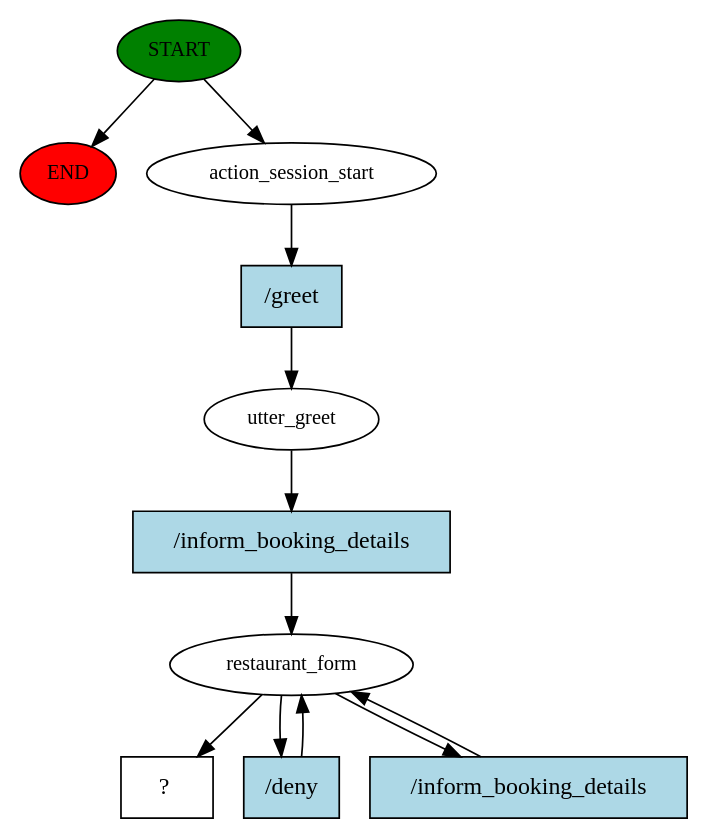
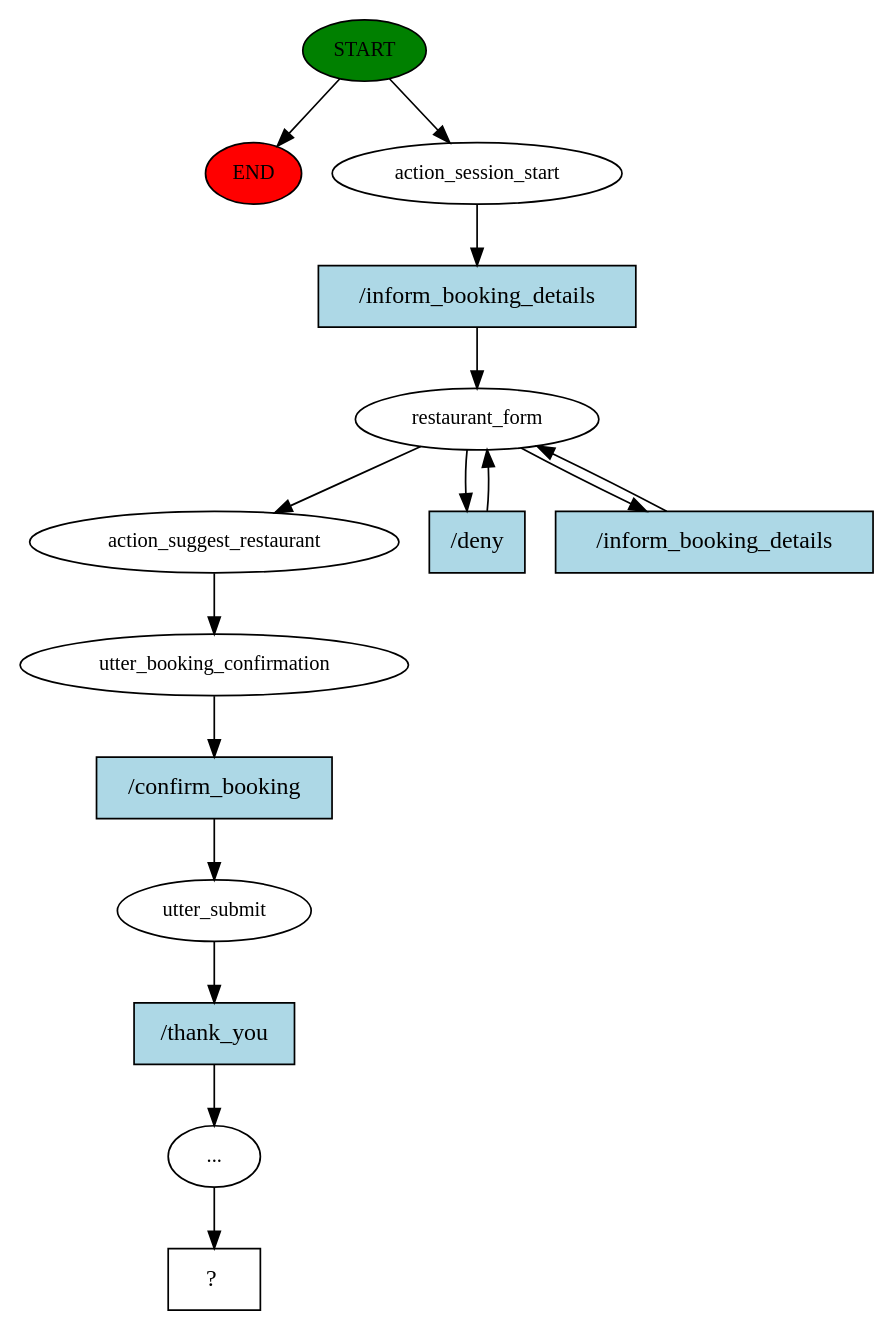
Before and after one commit to JasminDenise/voiceAssistantAlice: the diagram in story_graph.dot, drawn with Graphviz. The commit also changed 14 other files, not shown here.

```diff
--- a/story_graph.dot
+++ b/story_graph.dot
@@ -1,23 +1,31 @@
 digraph  {
 0 [class="start active", fillcolor=green, fontsize=12, label=START, style=filled];
 "-1" [class=end, fillcolor=red, fontsize=12, label=END, style=filled];
 1 [class=active, fontsize=12, label=action_session_start];
-2 [class=active, fontsize=12, label=utter_greet];
-3 [class=active, fontsize=12, label=restaurant_form];
-6 [class="intent dashed active", label="  ?  ", shape=rect];
-7 [class="intent active", fillcolor=lightblue, label="/greet", shape=rect, style=filled];
-8 [class="intent active", fillcolor=lightblue, label="/inform_booking_details", shape=rect, style=filled];
-9 [class="intent active", fillcolor=lightblue, label="/deny", shape=rect, style=filled];
-10 [class="intent active", fillcolor=lightblue, label="/inform_booking_details", shape=rect, style=filled];
+2 [class=active, fontsize=12, label=restaurant_form];
+6 [class=active, fontsize=12, label=action_suggest_restaurant];
+7 [class=active, fontsize=12, label=utter_booking_confirmation];
+8 [class=active, fontsize=12, label=utter_submit];
+9 [class=active, fontsize=12, label="..."];
+10 [class="intent dashed active", label="  ?  ", shape=rect];
+11 [class="intent active", fillcolor=lightblue, label="/inform_booking_details", shape=rect, style=filled];
+12 [class="intent active", fillcolor=lightblue, label="/deny", shape=rect, style=filled];
+13 [class="intent active", fillcolor=lightblue, label="/inform_booking_details", shape=rect, style=filled];
+14 [class="intent active", fillcolor=lightblue, label="/confirm_booking", shape=rect, style=filled];
+15 [class="intent active", fillcolor=lightblue, label="/thank_you", shape=rect, style=filled];
 0 -> "-1"  [class="", key=NONE, label=""];
 0 -> 1  [class=active, key=NONE, label=""];
-1 -> 7  [class=active, key=0];
-2 -> 8  [class=active, key=0];
-3 -> 6  [class=active, key=NONE, label=""];
-3 -> 9  [class=active, key=0];
-3 -> 10  [class=active, key=0];
-7 -> 2  [class=active, key=0];
-8 -> 3  [class=active, key=0];
-9 -> 3  [class=active, key=0];
-10 -> 3  [class=active, key=0];
+1 -> 11  [class=active, key=0];
+2 -> 6  [class=active, key=NONE, label=""];
+2 -> 12  [class=active, key=0];
+2 -> 13  [class=active, key=0];
+6 -> 7  [class=active, key=NONE, label=""];
+7 -> 14  [class=active, key=0];
+8 -> 15  [class=active, key=0];
+9 -> 10  [class=active, key=NONE, label=""];
+11 -> 2  [class=active, key=0];
+12 -> 2  [class=active, key=0];
+13 -> 2  [class=active, key=0];
+14 -> 8  [class=active, key=0];
+15 -> 9  [class=active, key=0];
 }
```
